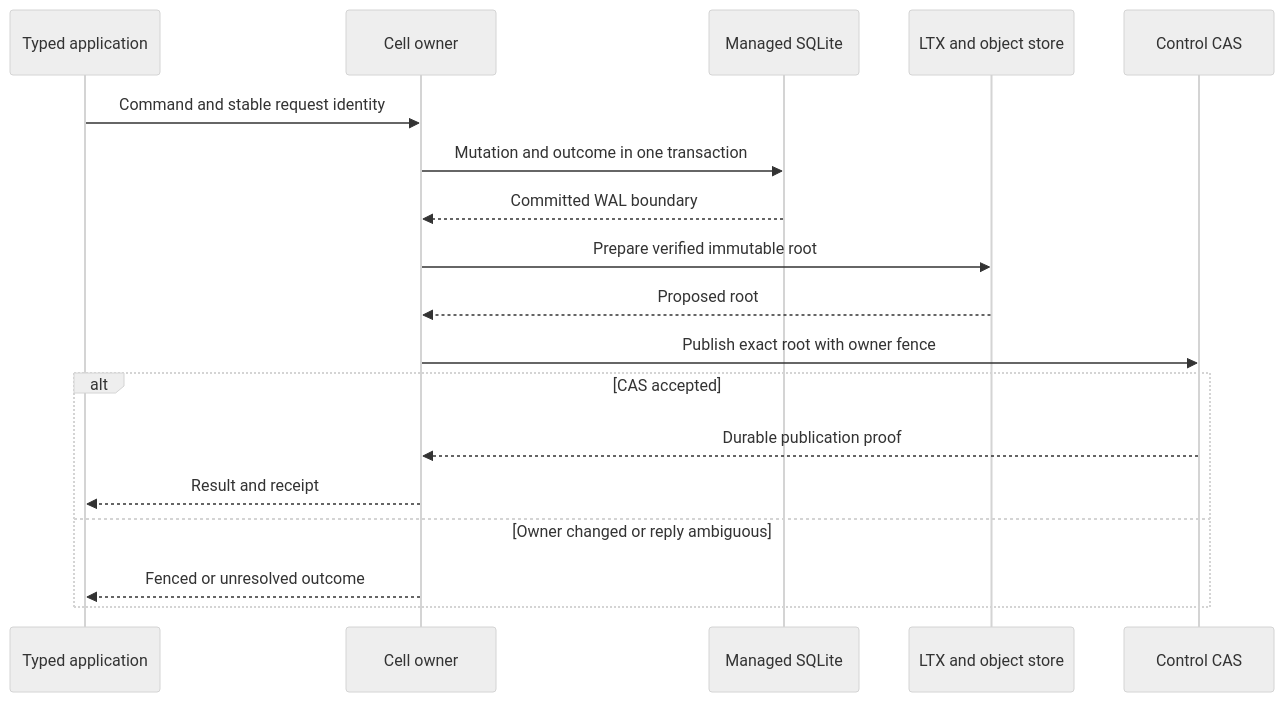
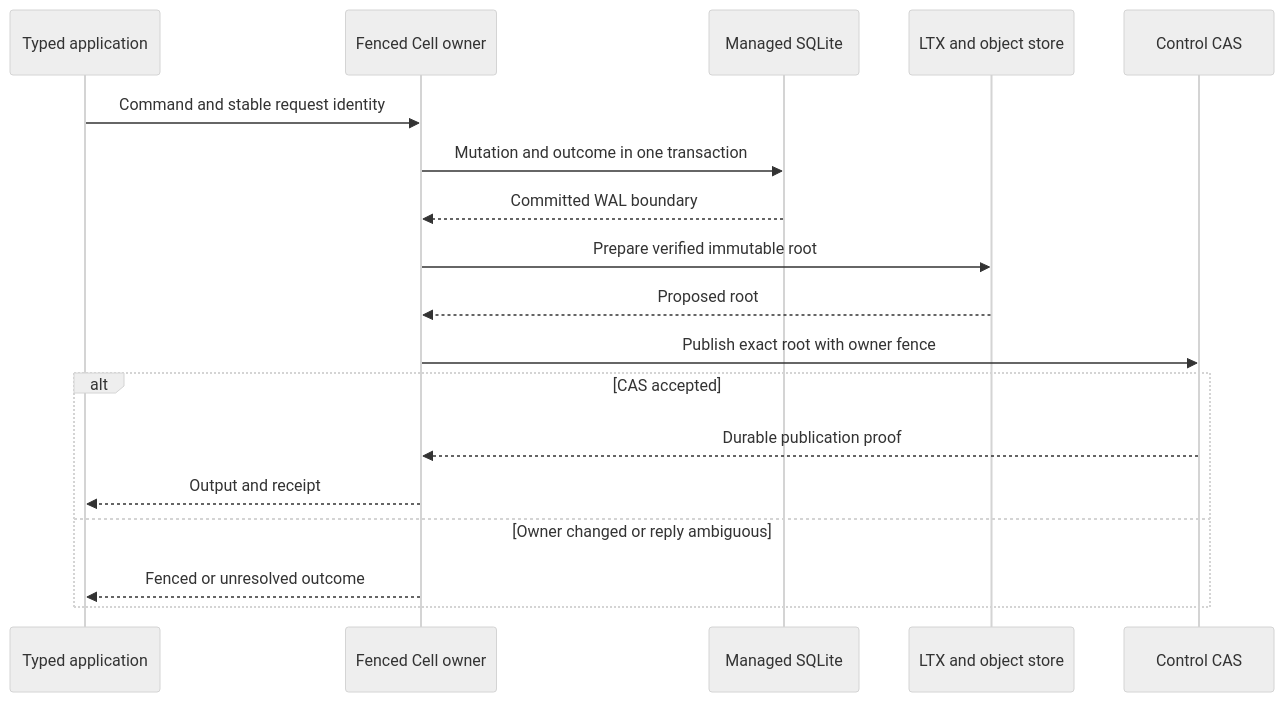
One commit to andypeng2015/cellule changed the second of 3 diagrams in docs/architecture.md. Above: the diagram before and after it, drawn with Mermaid (neutral theme). The commit also changed other lines of this file and 18 other files, not shown here.

````diff
--- a/docs/architecture.md
+++ b/docs/architecture.md
@@ -45,20 +50,20 @@
 ```mermaid
 sequenceDiagram
     participant App as Typed application
-    participant Owner as Cell owner
+    participant Owner as Fenced Cell owner
     participant SQL as Managed SQLite
     participant LTX as LTX and object store
     participant Authority as Control CAS
     App->>Owner: Command and stable request identity
     Owner->>SQL: Mutation and outcome in one transaction
     SQL-->>Owner: Committed WAL boundary
     Owner->>LTX: Prepare verified immutable root
     LTX-->>Owner: Proposed root
     Owner->>Authority: Publish exact root with owner fence
     alt CAS accepted
         Authority-->>Owner: Durable publication proof
-        Owner-->>App: Result and receipt
+        Owner-->>App: Output and receipt
     else Owner changed or reply ambiguous
         Owner-->>App: Fenced or unresolved outcome
     end
 ```
````
